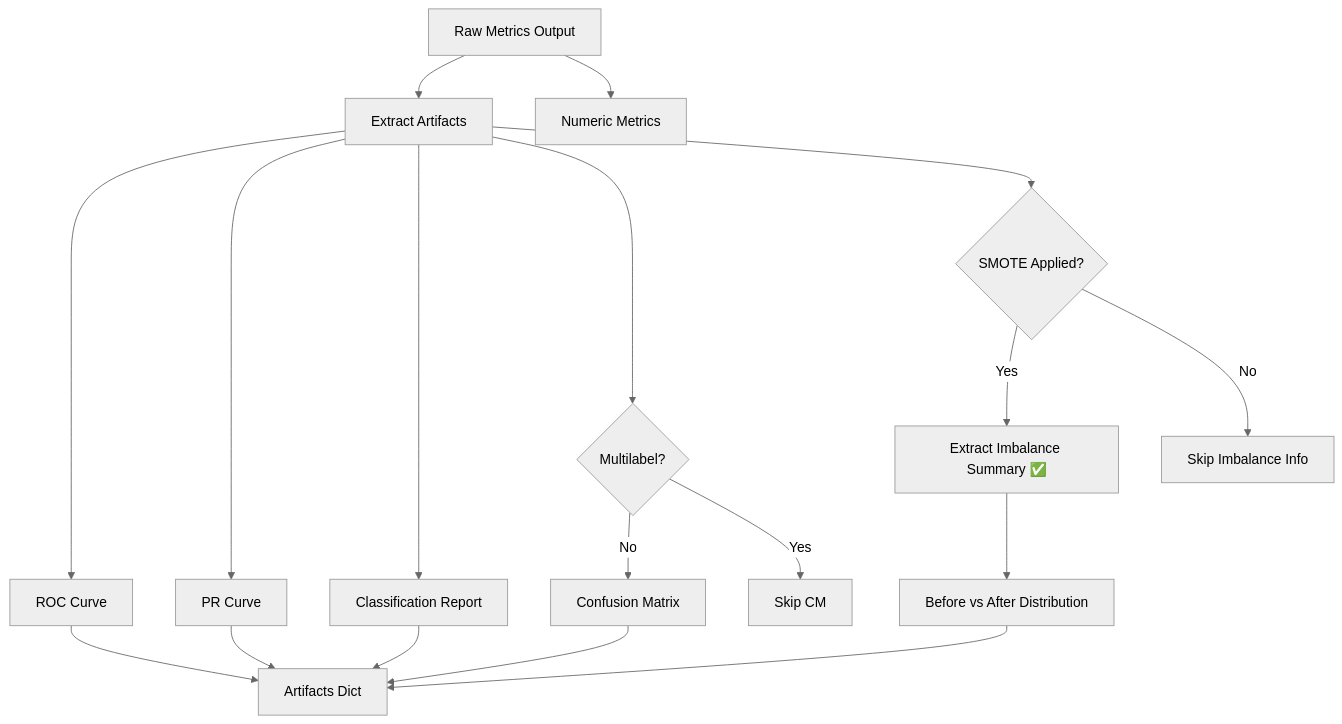
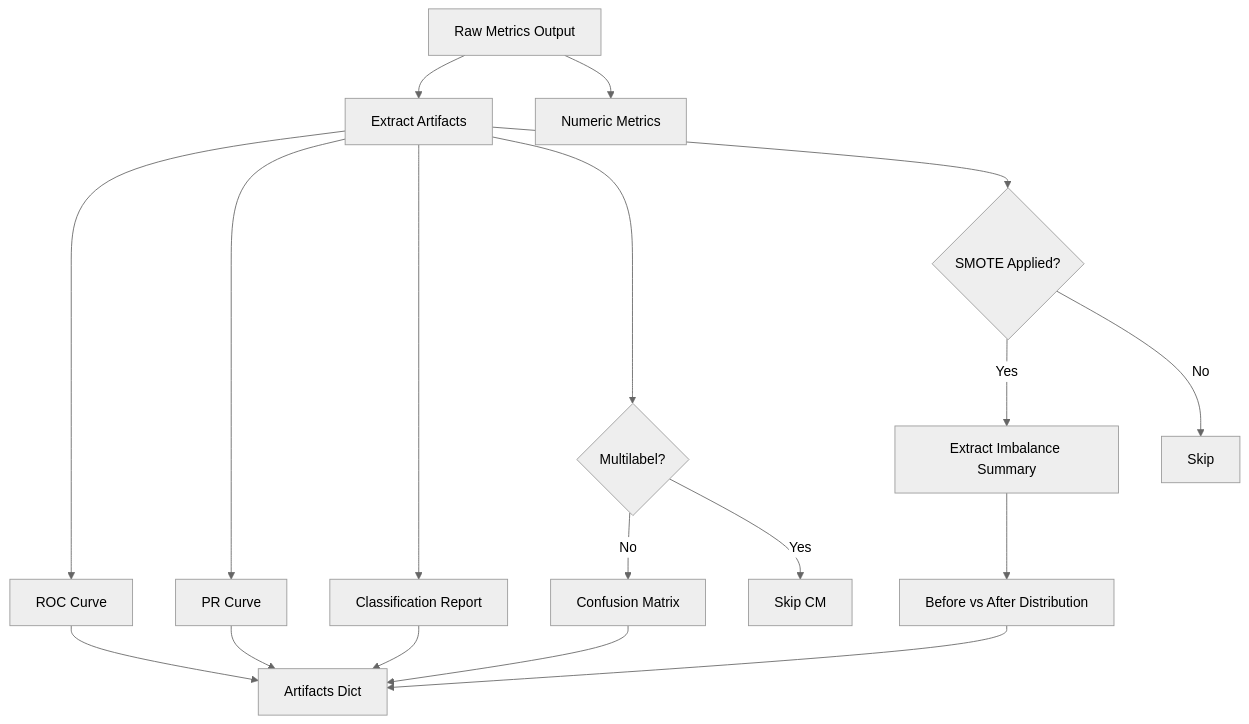
One commit to abhinavssingh/python-learnings changed the fourth of 4 diagrams in lib/utility/machinelearning/facade/CLASSIFICATIONMODELUTILITY.md. Above: the diagram before and after it, drawn with Mermaid (neutral theme). The commit also changed other lines of this file and 13 other files, not shown here.

````diff
--- a/lib/utility/machinelearning/facade/CLASSIFICATIONMODELUTILITY.md
+++ b/lib/utility/machinelearning/facade/CLASSIFICATIONMODELUTILITY.md
@@ -129,29 +147,29 @@
 ```mermaid
 flowchart TD
 
     A[Raw Metrics Output] --> B[Extract Artifacts]
 
     B --> C[ROC Curve]
     B --> D[PR Curve]
     B --> E[Classification Report]
 
     B --> F{Multilabel?}
 
     F -->|No| G[Confusion Matrix]
     F -->|Yes| H[Skip CM]
 
     B --> I{SMOTE Applied?}
 
-    I -->|Yes| J[Extract Imbalance Summary ✅]
-    I -->|No| K[Skip Imbalance Info]
+    I -->|Yes| J[Extract Imbalance Summary]
+    I -->|No| K[Skip]
 
     J --> J1[Before vs After Distribution]
 
     C --> L[Artifacts Dict]
     D --> L
     E --> L
     G --> L
     J1 --> L
 
     A --> M[Numeric Metrics]
 ```
````
